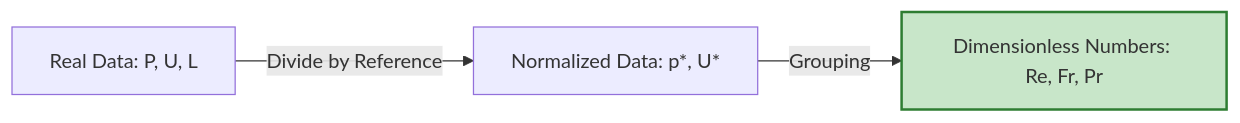
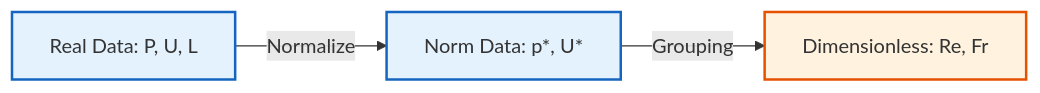
The first of 3 diagrams in MODULE_05_OPENFOAM_PROGRAMMING/CONTENT/12_DIMENSIONAL_ANALYSIS/04_Non_Dimensionalization.md (wramet/build-my-cfd), drawn with Mermaid before and after one commit. The commit also changed other lines of this file and 313 other files, not shown here.

Commit message:
Revise all diagram

````diff
--- a/MODULE_05_OPENFOAM_PROGRAMMING/CONTENT/12_DIMENSIONAL_ANALYSIS/04_Non_Dimensionalization.md
+++ b/MODULE_05_OPENFOAM_PROGRAMMING/CONTENT/12_DIMENSIONAL_ANALYSIS/04_Non_Dimensionalization.md
@@ -12,7 +12,9 @@
 ```mermaid
 graph LR
-    Real["Real Data: P, U, L"] -- "Divide by Reference" --> Norm["Normalized Data: p*, U*"]
-    Norm -- "Grouping" --> DimLess["Dimensionless Numbers: Re, Fr, Pr"]
-
-    style DimLess fill:#c8e6c9,stroke:#2e7d32,stroke-width:2px
+%% Classes
+classDef explicit fill:#fff3e0,stroke:#e65100,stroke-width:2px;
+classDef implicit fill:#e3f2fd,stroke:#1565c0,stroke-width:2px;
+%% Nodes
+Real[Real Data: P, U, L]:::implicit -- "Normalize" --> Norm[Norm Data: p*, U*]:::implicit
+Norm -- "Grouping" --> DimLess[Dimensionless: Re, Fr]:::explicit
 ```
````
